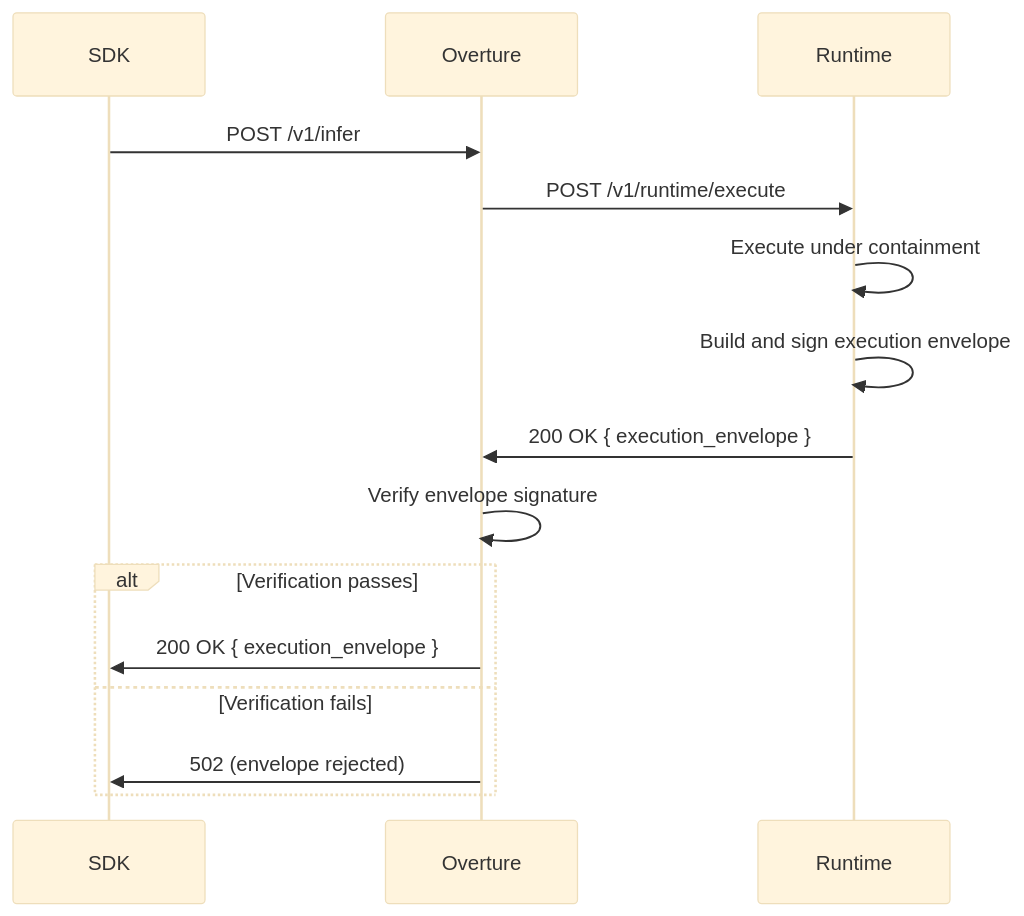
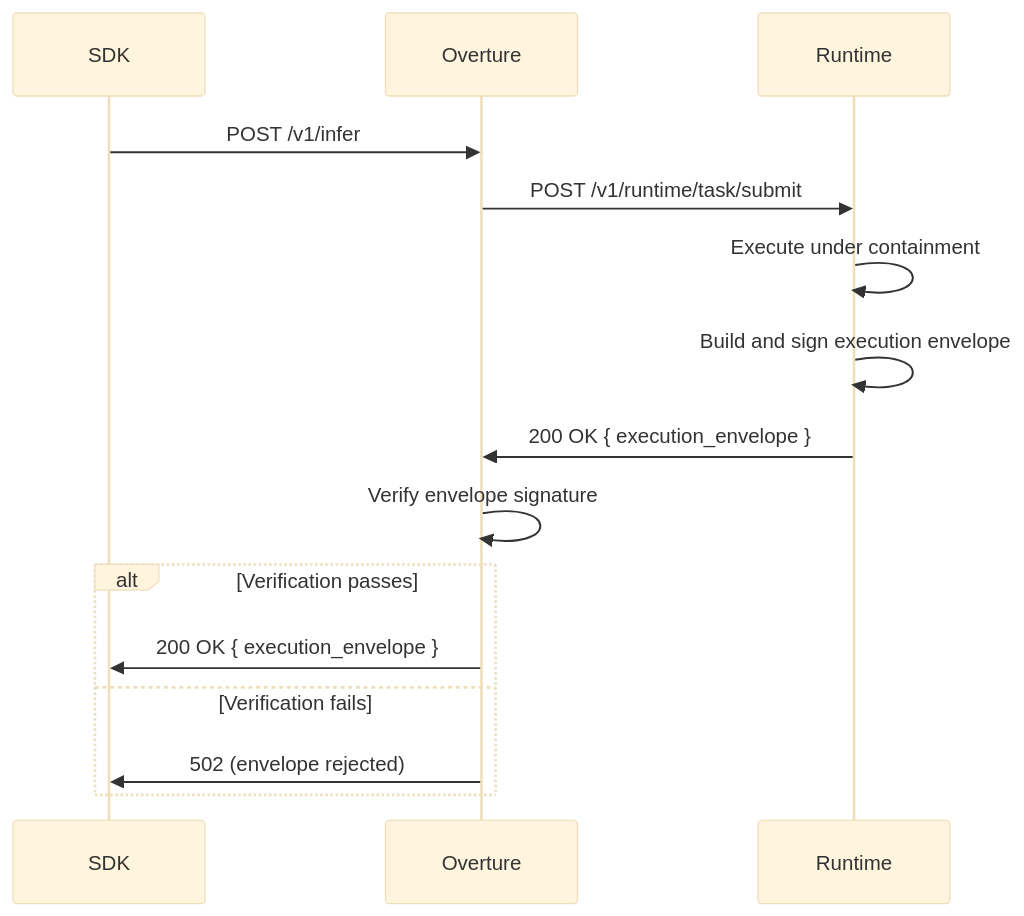
One commit to rapture-fx/igris changed the diagram in web/apps/web-docs-runtime/docs/architecture/execution-envelope.mdx. Above: the diagram before and after it, drawn with Mermaid (base theme).

````diff
--- a/web/apps/web-docs-runtime/docs/architecture/execution-envelope.mdx
+++ b/web/apps/web-docs-runtime/docs/architecture/execution-envelope.mdx
@@ -65,18 +65,18 @@
 ```mermaid
 sequenceDiagram
     participant SDK
     participant Overture
     participant Runtime
 
     SDK->>Overture: POST /v1/infer
-    Overture->>Runtime: POST /v1/runtime/execute
+    Overture->>Runtime: POST /v1/runtime/task/submit
     Runtime->>Runtime: Execute under containment
     Runtime->>Runtime: Build and sign execution envelope
     Runtime->>Overture: 200 OK { execution_envelope }
     Overture->>Overture: Verify envelope signature
     alt Verification passes
         Overture->>SDK: 200 OK { execution_envelope }
     else Verification fails
         Overture->>SDK: 502 (envelope rejected)
     end
 ```
````
